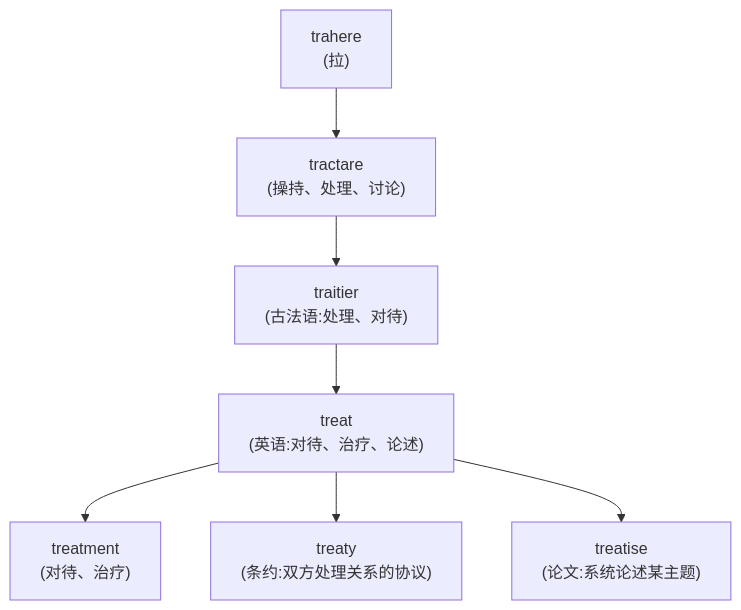
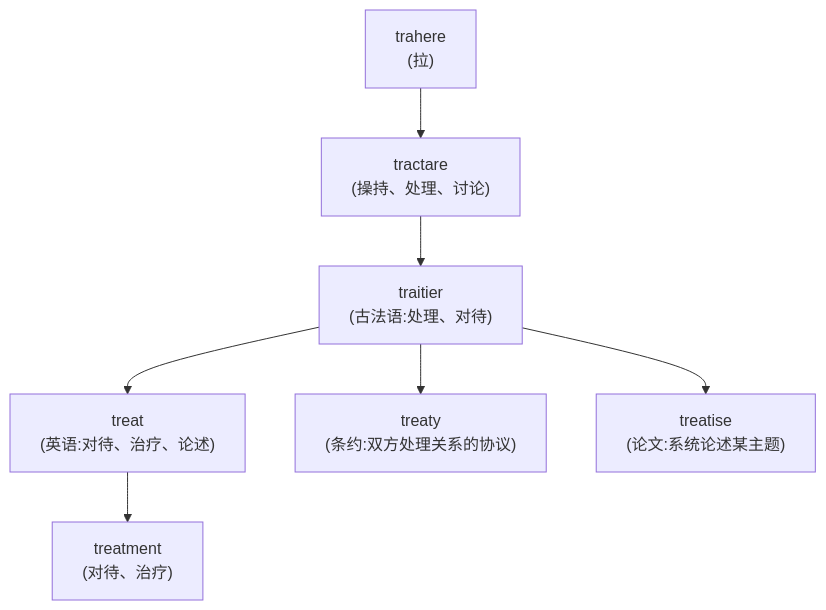
Before and after one commit to swiftczz/roots-affixes-book: the fifth of 6 diagrams in 02-拉丁之根/第08章-trahere家族.md, drawn with Mermaid. The commit also changed other lines of this file and 35 other files, not shown here.

````diff
--- a/02-拉丁之根/第08章-trahere家族.md
+++ b/02-拉丁之根/第08章-trahere家族.md
@@ -160,9 +160,9 @@
 ```mermaid
 flowchart TD
     L1["trahere<br/>(拉)"] --> L2["tractare<br/>(操持、处理、讨论)"]
     L2 --> L3["traitier<br/>(古法语:处理、对待)"]
     L3 --> L4["treat<br/>(英语:对待、治疗、论述)"]
     L4 --> B1["treatment<br/>(对待、治疗)"]
-    L4 --> B2["treaty<br/>(条约:双方处理关系的协议)"]
-    L4 --> B3["treatise<br/>(论文:系统论述某主题)"]
+    L3 --> B2["treaty<br/>(条约:双方处理关系的协议)"]
+    L3 --> B3["treatise<br/>(论文:系统论述某主题)"]
 ```
````
